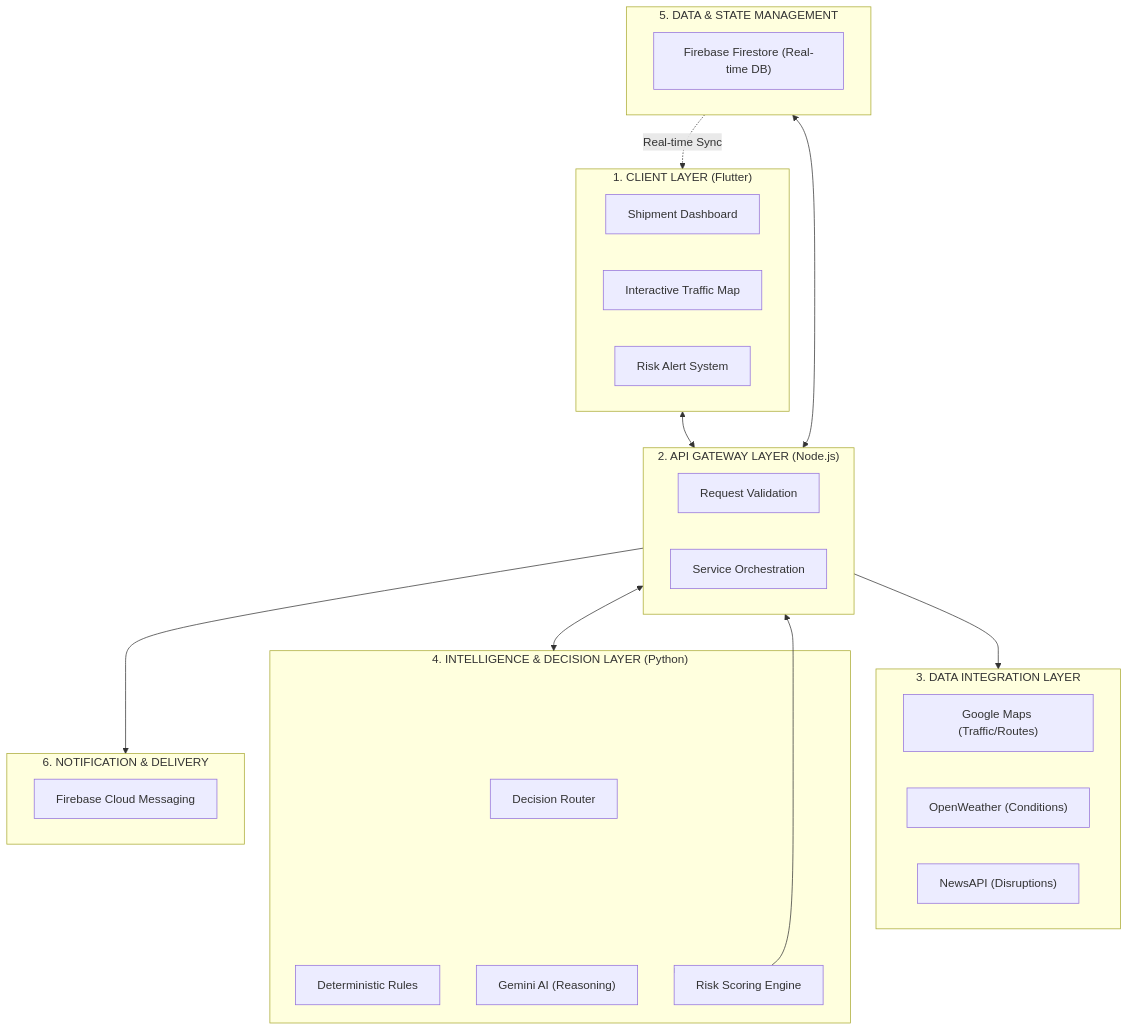
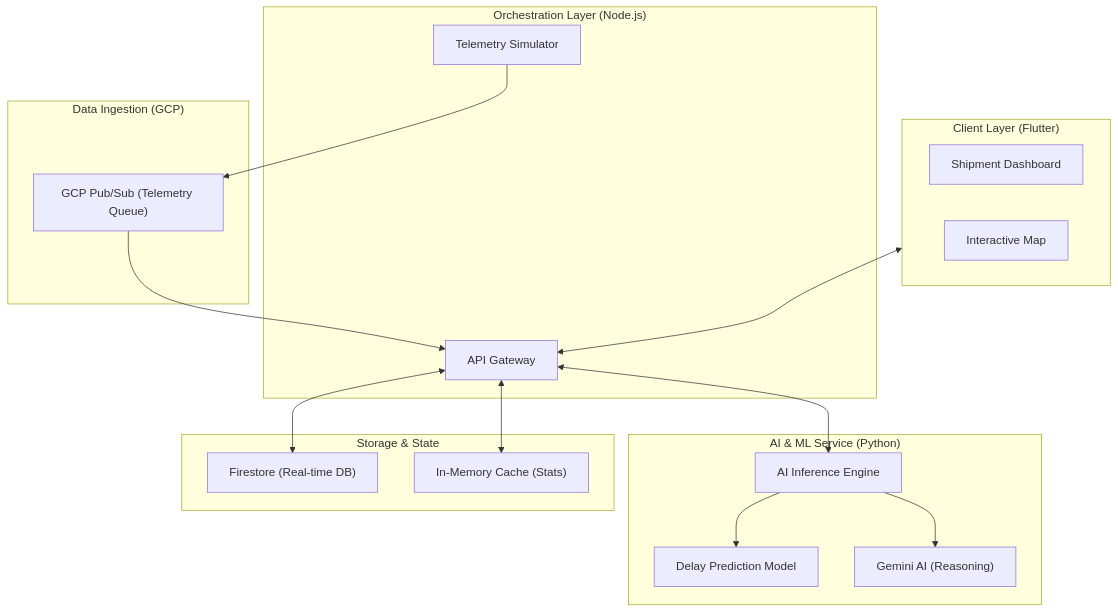
The diagram in README.md (Ragavendra0604/Smart-Supply-Chain-Management), drawn with Mermaid before and after one commit. The commit also changed other lines of this file and 5 other files, not shown here.

````diff
--- a/README.md
+++ b/README.md
@@ -32,43 +31,36 @@
 ```mermaid
 graph TD
-    subgraph L1 ["1. CLIENT LAYER (Flutter)"]
+    subgraph Client_Layer ["Client Layer (Flutter)"]
         Dashboard["Shipment Dashboard"]
-        LiveMap["Interactive Traffic Map"]
-        AlertsUI["Risk Alert System"]
+        LiveMap["Interactive Map"]
     end
 
-    subgraph L2 ["2. API GATEWAY LAYER (Node.js)"]
-        RequestHandling["Request Validation"]
-        Orchestration["Service Orchestration"]
+    subgraph Gateway_Layer ["Orchestration Layer (Node.js)"]
+        APIGateway["API Gateway"]
+        Simulator["Telemetry Simulator"]
     end
 
-    subgraph L3 ["3. DATA INTEGRATION LAYER"]
-        MapsAPI["Google Maps (Traffic/Routes)"]
-        WeatherAPI["OpenWeather (Conditions)"]
-        NewsAPI["NewsAPI (Disruptions)"]
+    subgraph Ingestion_Layer ["Data Ingestion (GCP)"]
+        PubSub["GCP Pub/Sub (Telemetry Queue)"]
     end
 
-    subgraph L4 ["4. INTELLIGENCE & DECISION LAYER (Python)"]
-        Router["Decision Router"]
-        RuleEngine["Deterministic Rules"]
-        GeminiAI["Gemini AI (Reasoning)"]
-        RiskEngine["Risk Scoring Engine"]
+    subgraph Intelligence_Layer ["AI & ML Service (Python)"]
+        AIService["AI Inference Engine"]
+        MLModel["Delay Prediction Model"]
+        Gemini["Gemini AI (Reasoning)"]
     end
 
-    subgraph L5 ["5. DATA & STATE MANAGEMENT"]
-        Firestore["Firebase Firestore (Real-time DB)"]
+    subgraph Persistence_Layer ["Storage & State"]
+        Firestore["Firestore (Real-time DB)"]
+        Cache["In-Memory Cache (Stats)"]
     end
 
-    subgraph L6 ["6. NOTIFICATION & DELIVERY"]
-        FCM["Firebase Cloud Messaging"]
-    end
-
-    L1 <--> L2
-    L2 --> L3
-    L2 <--> L4
-    L2 <--> L5
-    L5 -.->|Real-time Sync| L1
-    L4 --> RiskEngine
-    RiskEngine --> L2
-    L2 --> L6
+    Client_Layer <--> APIGateway
+    Simulator --> PubSub
+    PubSub --> APIGateway
+    APIGateway <--> AIService
+    AIService --> MLModel
+    AIService --> Gemini
+    APIGateway <--> Firestore
+    APIGateway <--> Cache
 ```
````
